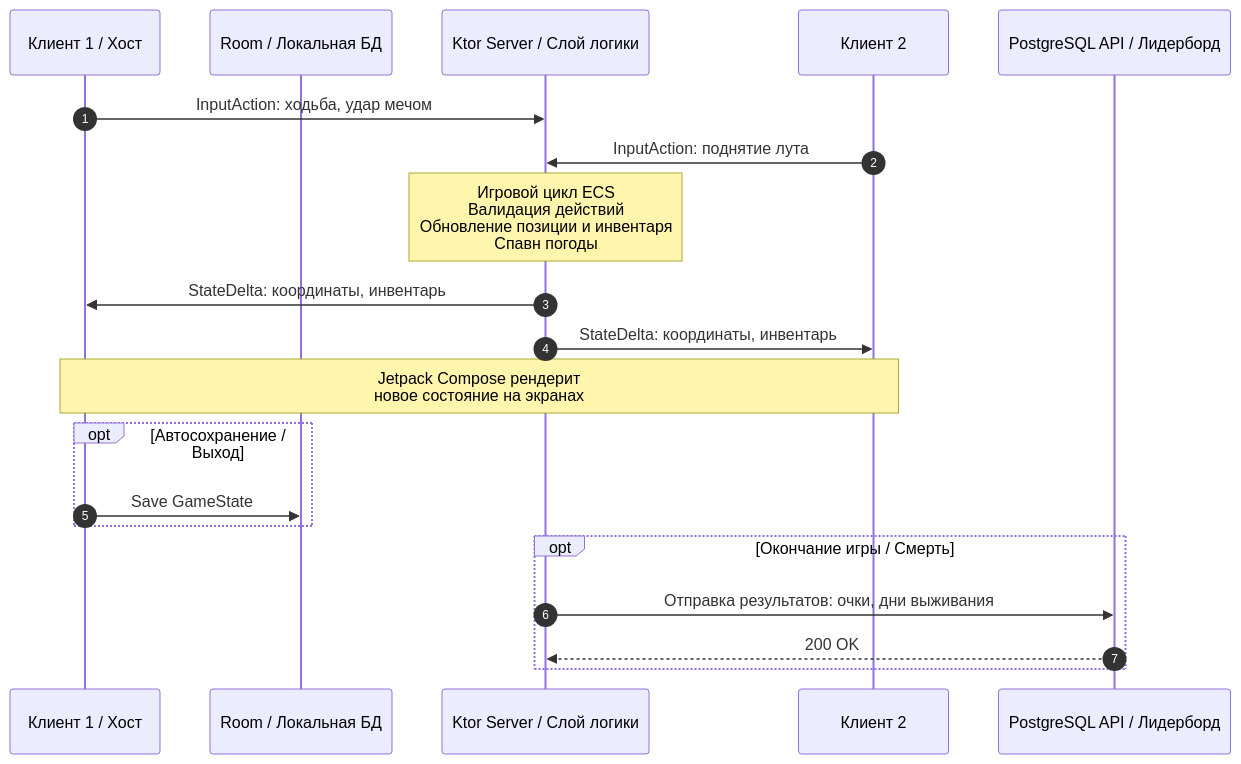
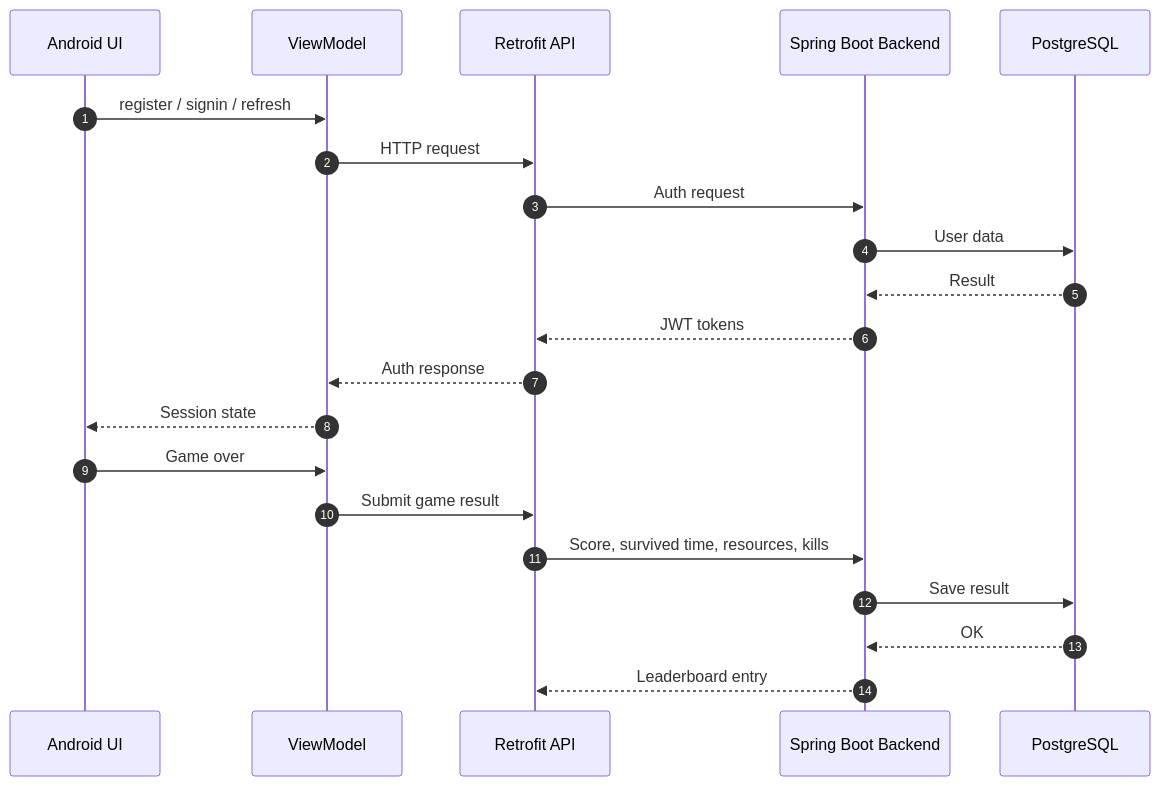
Before and after one commit to mrnchk/Call-of-the-forest: the second of 3 diagrams in client/docs/ARCHITECTURE.md, drawn with Mermaid. The commit also changed other lines of this file and 4 other files, not shown here.

````diff
--- a/client/docs/ARCHITECTURE.md
+++ b/client/docs/ARCHITECTURE.md
@@ -59,29 +63,26 @@
 ```mermaid
 sequenceDiagram
     autonumber
 
-    participant C1 as Клиент 1 / Хост
-    participant DB as Room / Локальная БД
-    participant Srv as Ktor Server / Слой логики
-    participant C2 as Клиент 2
-    participant Leader as PostgreSQL API / Лидерборд
+    participant UI as Android UI
+    participant VM as ViewModel
+    participant API as Retrofit API
+    participant Srv as Spring Boot Backend
+    participant DB as PostgreSQL
 
-    C1->>Srv: InputAction: ходьба, удар мечом
-    C2->>Srv: InputAction: поднятие лута
+    UI->>VM: register / signin / refresh
+    VM->>API: HTTP request
+    API->>Srv: Auth request
+    Srv->>DB: User data
+    DB-->>Srv: Result
+    Srv-->>API: JWT tokens
+    API-->>VM: Auth response
+    VM-->>UI: Session state
 
-    Note over Srv: Игровой цикл ECS<br/>Валидация действий<br/>Обновление позиции и инвентаря<br/>Спавн погоды
-
-    Srv->>C1: StateDelta: координаты, инвентарь
-    Srv->>C2: StateDelta: координаты, инвентарь
-
-    Note over C1,C2: Jetpack Compose рендерит<br/>новое состояние на экранах
-
-    opt Автосохранение / Выход
-        C1->>DB: Save GameState
-    end
-
-    opt Окончание игры / Смерть
-        Srv->>Leader: Отправка результатов: очки, дни выживания
-        Leader-->>Srv: 200 OK
-    end
+    UI->>VM: Game over
+    VM->>API: Submit game result
+    API->>Srv: Score, survived time, resources, kills
+    Srv->>DB: Save result
+    DB-->>Srv: OK
+    Srv-->>API: Leaderboard entry
 ```
````
